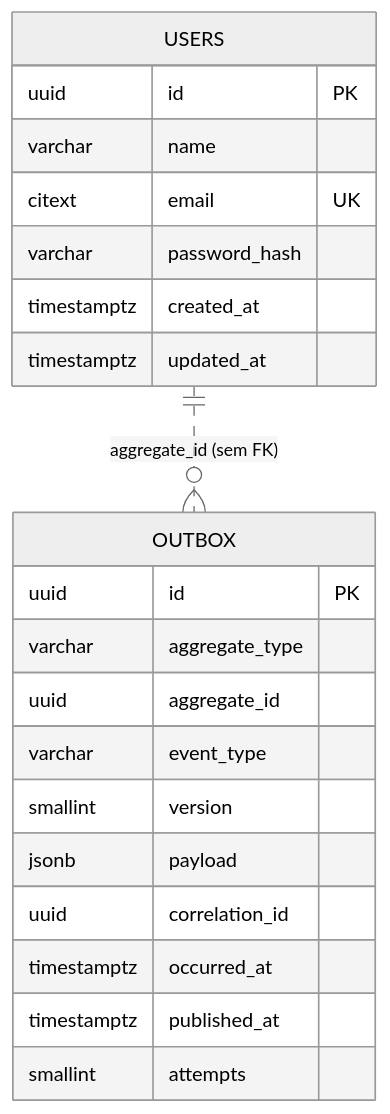
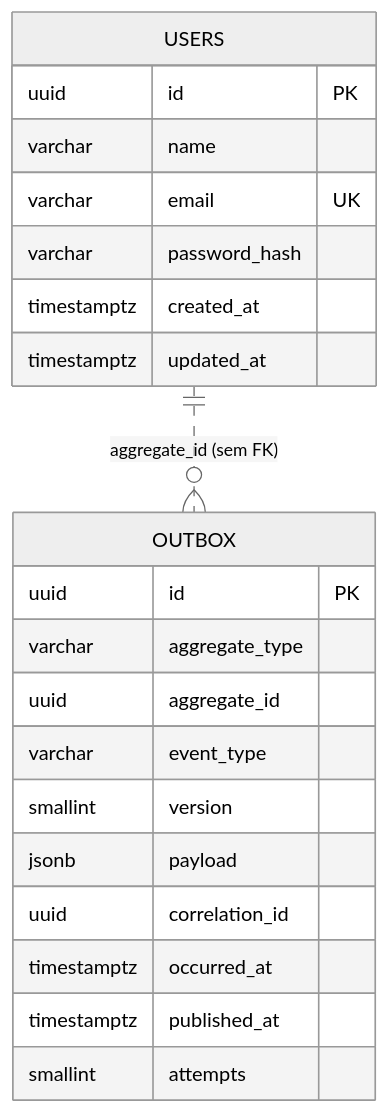
The first of 3 diagrams in docs/data/modelagem-de-dados.md (knzt/zipframes), drawn with Mermaid (neutral theme) before and after one commit. The commit also changed other lines of this file and 5 other files, not shown here.

````diff
--- a/docs/data/modelagem-de-dados.md
+++ b/docs/data/modelagem-de-dados.md
@@ -34,24 +34,24 @@
 ```mermaid
 erDiagram
   USERS {
     uuid id PK
     varchar name
-    citext email UK
+    varchar email UK
     varchar password_hash
     timestamptz created_at
     timestamptz updated_at
   }
   OUTBOX {
     uuid id PK
     varchar aggregate_type
     uuid aggregate_id
     varchar event_type
     smallint version
     jsonb payload
     uuid correlation_id
     timestamptz occurred_at
     timestamptz published_at
     smallint attempts
   }
   USERS ||..o{ OUTBOX : "aggregate_id (sem FK)"
 ```
````
